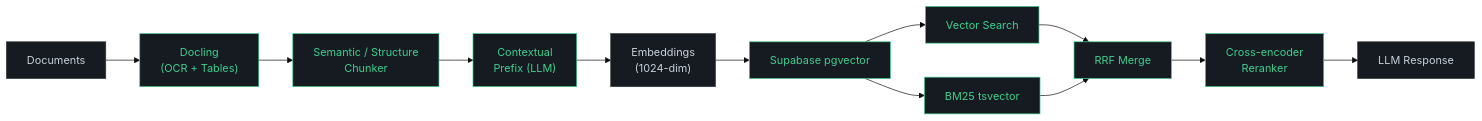
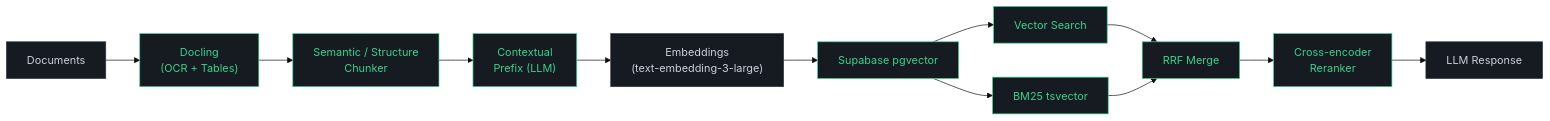
Before and after one commit to toprak1919/TMT: the third of 4 diagrams in README.md, drawn with Mermaid (base theme). The commit also changed other lines of this file, not shown here.

````diff
--- a/README.md
+++ b/README.md
@@ -460,26 +499,26 @@
 ```mermaid
 graph LR
     A["Documents"] --> B["Docling\n(OCR + Tables)"]
     B --> C["Semantic / Structure\nChunker"]
     C --> C2["Contextual\nPrefix (LLM)"]
-    C2 --> D["Embeddings\n(1024-dim)"]
+    C2 --> D["Embeddings\n(text-embedding-3-large)"]
     D --> E["Supabase pgvector"]
     E --> F1["Vector Search"]
     E --> F2["BM25 tsvector"]
     F1 --> RRF["RRF Merge"]
     F2 --> RRF
     RRF --> G["Cross-encoder\nReranker"]
     G --> H["LLM Response"]
 
     style A fill:#161b22,stroke:#30363d,color:#c9d1d9
     style B fill:#161b22,stroke:#3ECF8E,color:#3ECF8E
     style C fill:#161b22,stroke:#3ECF8E,color:#3ECF8E
     style C2 fill:#161b22,stroke:#3ECF8E,color:#3ECF8E
     style D fill:#161b22,stroke:#30363d,color:#c9d1d9
     style E fill:#161b22,stroke:#3ECF8E,color:#3ECF8E
     style F1 fill:#161b22,stroke:#3ECF8E,color:#3ECF8E
     style F2 fill:#161b22,stroke:#3ECF8E,color:#3ECF8E
     style RRF fill:#161b22,stroke:#3ECF8E,color:#3ECF8E
     style G fill:#161b22,stroke:#3ECF8E,color:#3ECF8E
     style H fill:#161b22,stroke:#30363d,color:#c9d1d9
 ```
````
